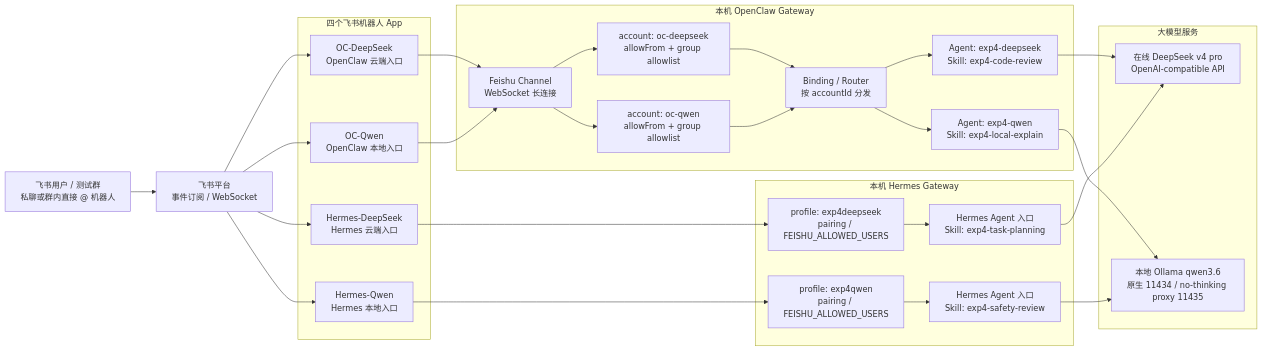
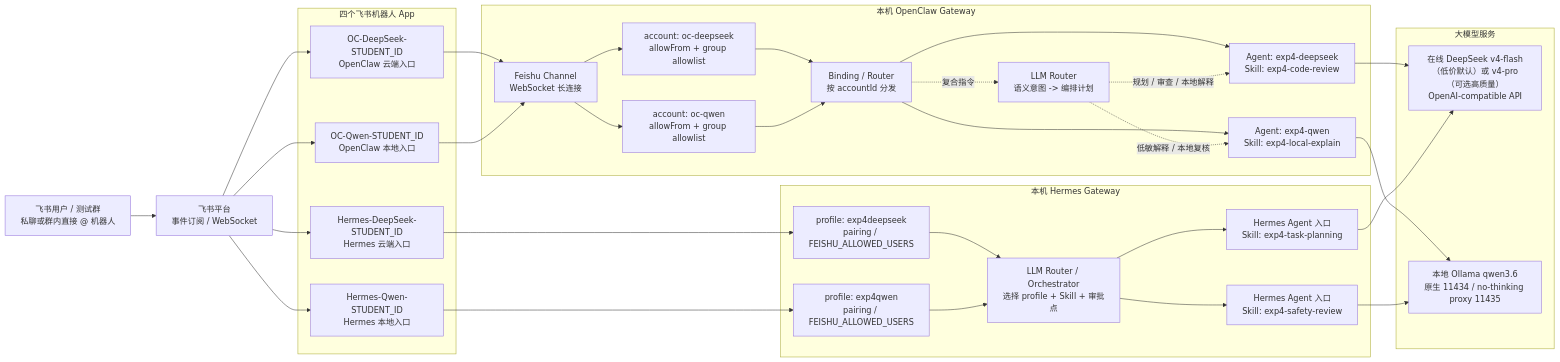
One commit to hbut-edu/MSD changed the diagram in 4. AgentOps工业实战：多模型智能体网关部署/instruction.md. Above: the diagram before and after it, drawn with Mermaid. The commit also changed other lines of this file and 7 other files, not shown here.

````diff
--- a/4. AgentOps工业实战：多模型智能体网关部署/instruction.md
+++ b/4. AgentOps工业实战：多模型智能体网关部署/instruction.md
@@ -610,53 +1055,58 @@
 ```mermaid
 flowchart LR
     U["飞书用户 / 测试群<br/>私聊或群内直接 @ 机器人"] --> F["飞书平台<br/>事件订阅 / WebSocket"]
 
     subgraph FB["四个飞书机器人 App"]
-        B1["OC-DeepSeek<br/>OpenClaw 云端入口"]
-        B2["OC-Qwen<br/>OpenClaw 本地入口"]
-        B3["Hermes-DeepSeek<br/>Hermes 云端入口"]
-        B4["Hermes-Qwen<br/>Hermes 本地入口"]
+        B1["OC-DeepSeek-STUDENT_ID<br/>OpenClaw 云端入口"]
+        B2["OC-Qwen-STUDENT_ID<br/>OpenClaw 本地入口"]
+        B3["Hermes-DeepSeek-STUDENT_ID<br/>Hermes 云端入口"]
+        B4["Hermes-Qwen-STUDENT_ID<br/>Hermes 本地入口"]
     end
 
     F --> B1
     F --> B2
     F --> B3
     F --> B4
 
     subgraph OC["本机 OpenClaw Gateway"]
         OCCH["Feishu Channel<br/>WebSocket 长连接"]
         OCA1["account: oc-deepseek<br/>allowFrom + group allowlist"]
         OCA2["account: oc-qwen<br/>allowFrom + group allowlist"]
         OCR["Binding / Router<br/>按 accountId 分发"]
+        OCLR["LLM Router<br/>语义意图 -> 编排计划"]
         OA1["Agent: exp4-deepseek<br/>Skill: exp4-code-review"]
         OA2["Agent: exp4-qwen<br/>Skill: exp4-local-explain"]
 
         OCCH --> OCA1 --> OCR --> OA1
         OCCH --> OCA2 --> OCR --> OA2
+        OCR -. "复合指令" .-> OCLR
+        OCLR -. "规划 / 审查 / 本地解释" .-> OA1
+        OCLR -. "低敏解释 / 本地复核" .-> OA2
     end
 
     subgraph HG["本机 Hermes Gateway"]
         H1["profile: exp4deepseek<br/>pairing / FEISHU_ALLOWED_USERS"]
         H2["profile: exp4qwen<br/>pairing / FEISHU_ALLOWED_USERS"]
+        HLR["LLM Router / Orchestrator<br/>选择 profile + Skill + 审批点"]
         HA1["Hermes Agent 入口<br/>Skill: exp4-task-planning"]
         HA2["Hermes Agent 入口<br/>Skill: exp4-safety-review"]
 
-        H1 --> HA1
-        H2 --> HA2
+        H1 --> HLR --> HA1
+        H2 --> HLR --> HA2
     end
 
     subgraph LM["大模型服务"]
-        DS["在线 DeepSeek v4 pro<br/>OpenAI-compatible API"]
+        DS["在线 DeepSeek v4-flash（低价默认）或 v4-pro（可选高质量）<br/>OpenAI-compatible API"]
         QW["本地 Ollama qwen3.6<br/>原生 11434 / no-thinking proxy 11435"]
     end
 
     B1 --> OCCH
     B2 --> OCCH
     B3 --> H1
     B4 --> H2
 
     OA1 --> DS
     HA1 --> DS
     OA2 --> QW
     HA2 --> QW
 ```
````
